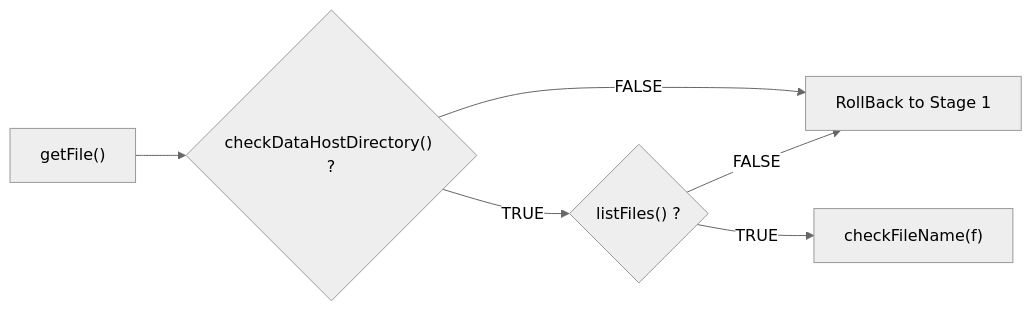
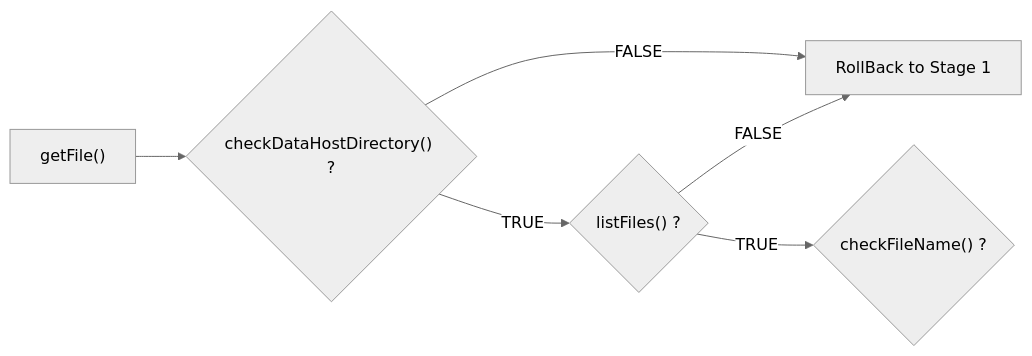
Before and after one commit to luthfiadityaa/SimeDarby-Wiki: the seventh of 7 diagrams in Basic-Design/Host-Interfaces.md, drawn with Mermaid (neutral theme).

Commit message:
Updated Host Interfaces

```diff
--- a/Basic-Design/Host-Interfaces.md
+++ b/Basic-Design/Host-Interfaces.md
@@ -545,8 +545,8 @@
 ::: mermaid
 flowchart LR
  C1["getFile()"] --> Cond1{"checkDataHostDirectory() ?"}
  Cond1 --> |FALSE| C3[RollBack to Stage 1]
  Cond1 --> |TRUE| Cond2{"listFiles() ?"}  
  Cond2 --> |FALSE| C3
- Cond2 --> |TRUE| C4["checkFileName(f)"]
+ Cond2 --> |TRUE| Cond3{"checkFileName() ?"} 
 :::
```
